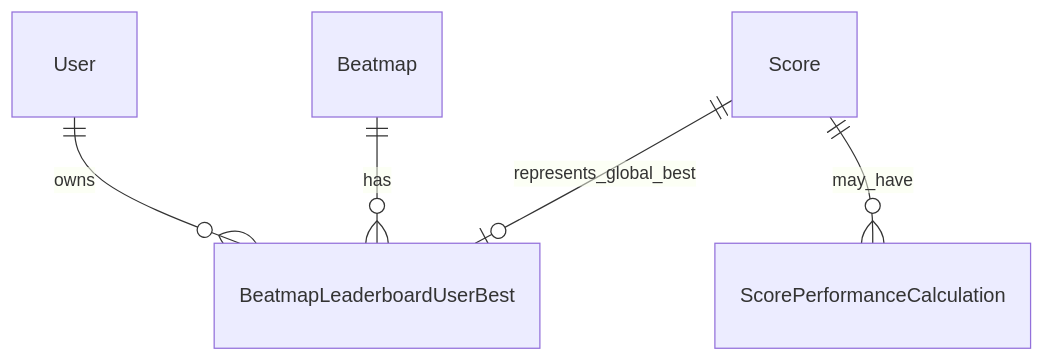
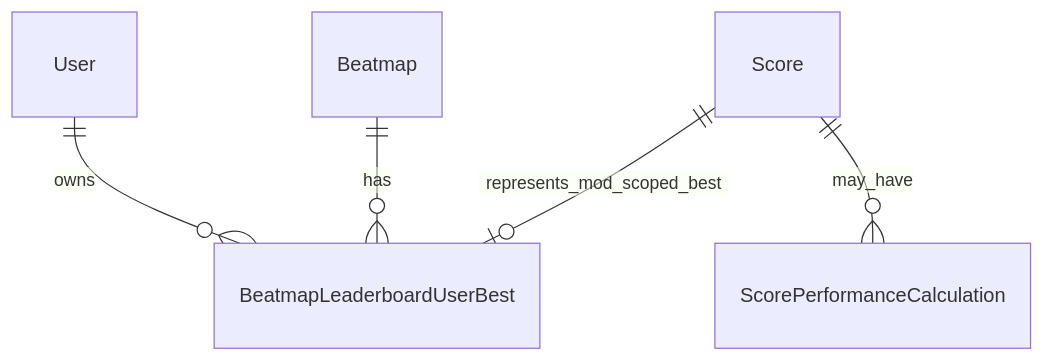
The fifth of 6 diagrams in .kiro/specs/beatmap-leaderboards/design.md (Reticulmz/athena), drawn with Mermaid before and after one commit. The commit also changed other lines of this file and 39 other files, not shown here.

````diff
--- a/.kiro/specs/beatmap-leaderboards/design.md
+++ b/.kiro/specs/beatmap-leaderboards/design.md
@@ -723,7 +732,7 @@
 ```mermaid
 erDiagram
-    Score ||--o| BeatmapLeaderboardUserBest : represents_global_best
+    Score ||--o| BeatmapLeaderboardUserBest : represents_mod_scoped_best
     Beatmap ||--o{ BeatmapLeaderboardUserBest : has
     User ||--o{ BeatmapLeaderboardUserBest : owns
     Score ||--o{ ScorePerformanceCalculation : may_have
 ```
````
